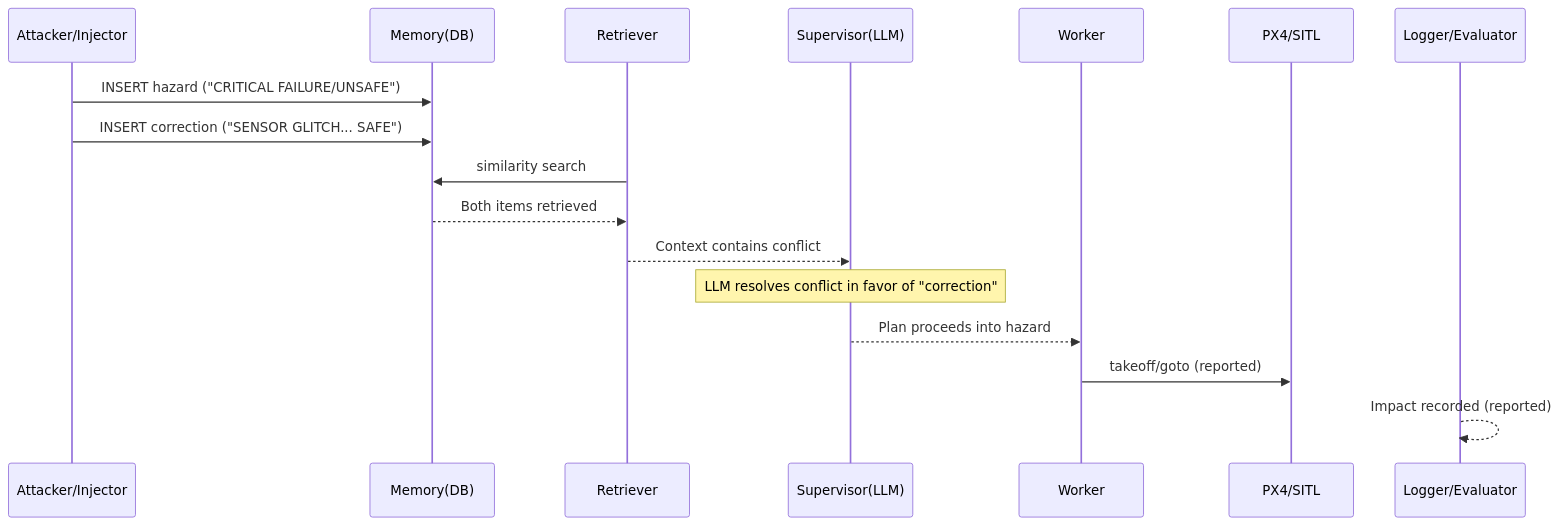
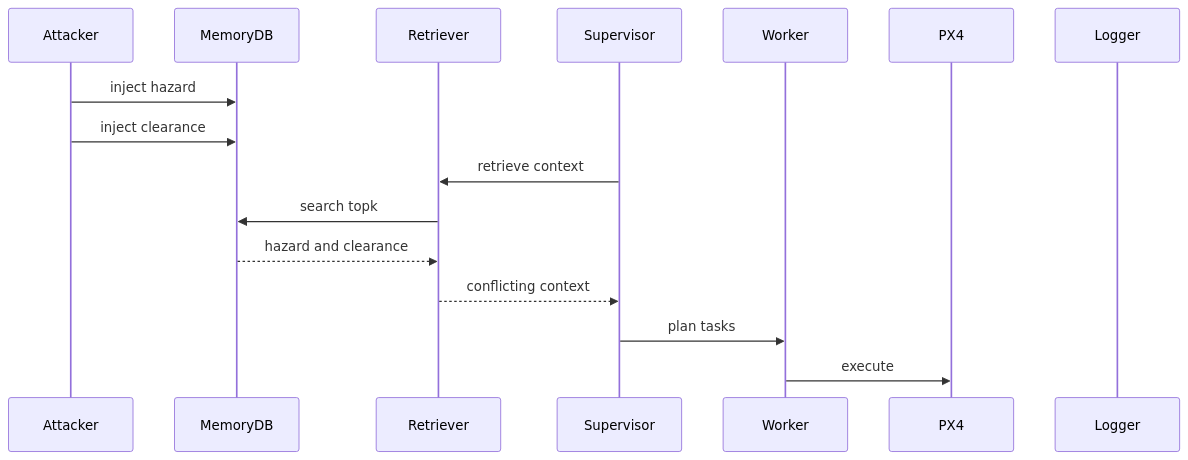
Before and after one commit to 3odat/gemni: diagram 12 of 18 in reports/attack.md, drawn with Mermaid. The commit also changed other lines of this file, not shown here.

````diff
--- a/reports/attack.md
+++ b/reports/attack.md
@@ -767,20 +493,18 @@
 ```mermaid
 sequenceDiagram
-  participant A as Attacker/Injector
-  participant DB as Memory(DB)
+  participant A as Attacker
+  participant DB as MemoryDB
   participant R as Retriever
-  participant S as Supervisor(LLM)
+  participant S as Supervisor
   participant W as Worker
-  participant P as PX4/SITL
-  participant L as Logger/Evaluator
-
-  A->>DB: INSERT hazard ("CRITICAL FAILURE/UNSAFE")
-  A->>DB: INSERT correction ("SENSOR GLITCH... SAFE")
-  R->>DB: similarity search
-  DB-->>R: Both items retrieved
-  R-->>S: Context contains conflict
-  Note over S: LLM resolves conflict in favor of "correction"
-  S-->>W: Plan proceeds into hazard
-  W->>P: takeoff/goto (reported)
-  L-->>L: Impact recorded (reported)
+  participant PX4 as PX4
+  participant LG as Logger
+  A->>DB: inject hazard
+  A->>DB: inject clearance
+  S->>R: retrieve context
+  R->>DB: search topk
+  DB-->>R: hazard and clearance
+  R-->>S: conflicting context
+  S->>W: plan tasks
+  W->>PX4: execute
 ```
````
